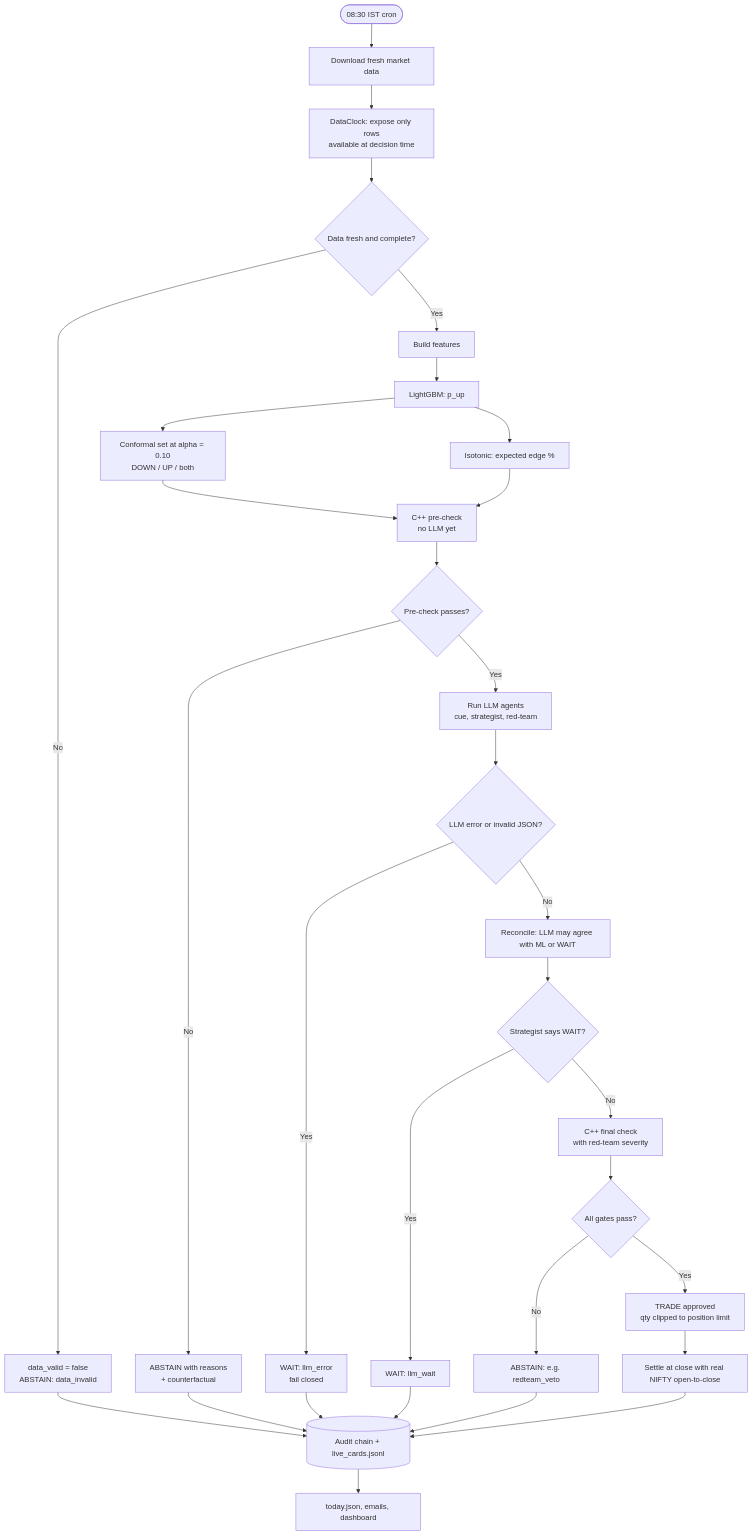
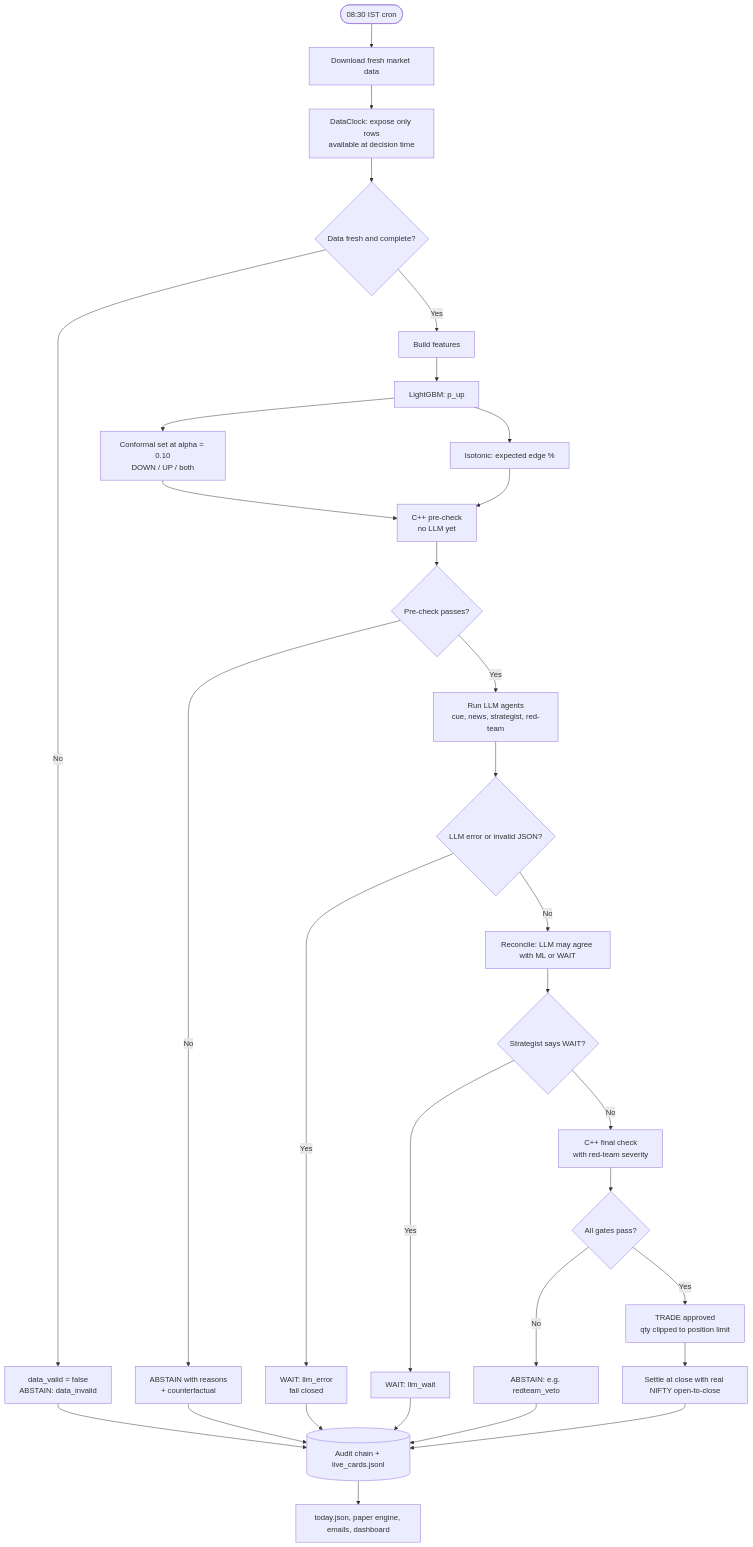
The second of 7 diagrams in README.md (HIMANSHU-heist/VERITAS), drawn with Mermaid before and after one commit. The commit also changed other lines of this file, not shown here.

````diff
--- a/README.md
+++ b/README.md
@@ -103,33 +127,33 @@
 ```mermaid
 flowchart TD
     A([08:30 IST cron]) --> B[Download fresh market data]
     B --> C[DataClock: expose only rows<br/>available at decision time]
     C --> D{Data fresh and complete?}
     D -- No --> X1[data_valid = false<br/>ABSTAIN: data_invalid]
     D -- Yes --> E[Build features]
     E --> F[LightGBM: p_up]
     F --> G[Conformal set at alpha = 0.10<br/>DOWN / UP / both]
     F --> H[Isotonic: expected edge %]
     G --> I[C++ pre-check<br/>no LLM yet]
     H --> I
     I --> J{Pre-check passes?}
     J -- No --> ABS[ABSTAIN with reasons<br/>+ counterfactual]
-    J -- Yes --> K[Run LLM agents<br/>cue, strategist, red-team]
+    J -- Yes --> K[Run LLM agents<br/>cue, news, strategist, red-team]
     K --> L{LLM error or invalid JSON?}
     L -- Yes --> W1[WAIT: llm_error<br/>fail closed]
     L -- No --> M[Reconcile: LLM may agree with ML or WAIT]
     M --> N{Strategist says WAIT?}
     N -- Yes --> W2[WAIT: llm_wait]
     N -- No --> O[C++ final check<br/>with red-team severity]
     O --> P{All gates pass?}
     P -- No --> ABS2[ABSTAIN: e.g. redteam_veto]
     P -- Yes --> T[TRADE approved<br/>qty clipped to position limit]
     T --> Q[Settle at close with real NIFTY open-to-close]
     ABS --> R[(Audit chain + live_cards.jsonl)]
     ABS2 --> R
     W1 --> R
     W2 --> R
     X1 --> R
     Q --> R
-    R --> S[today.json, emails, dashboard]
+    R --> S[today.json, paper engine, emails, dashboard]
 ```
````
